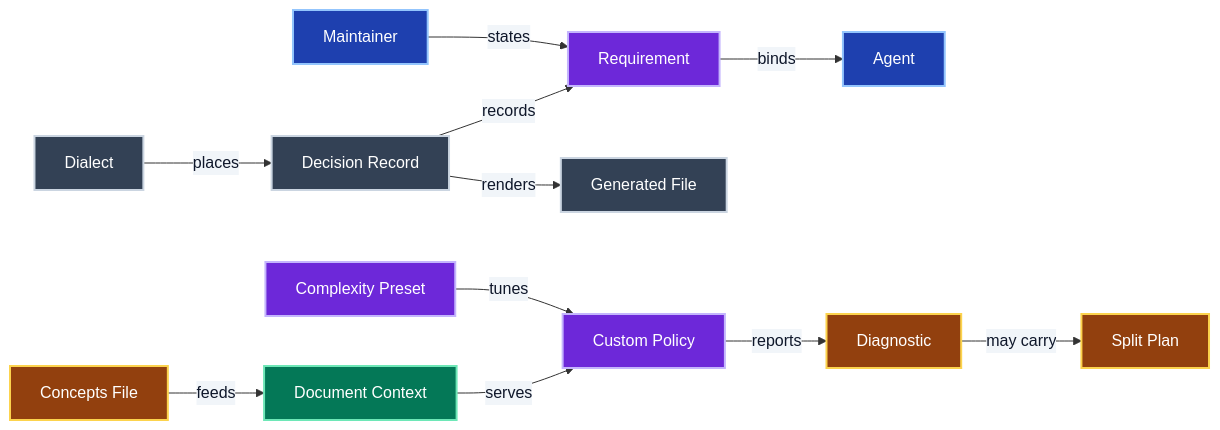
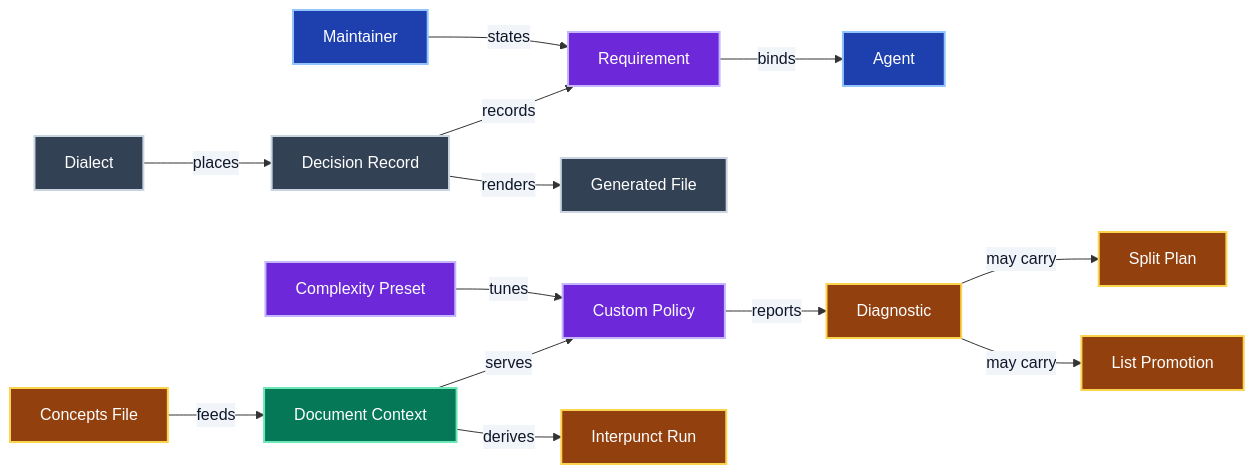
Before and after one commit to jpeakai/remark-lint-slopstopper: the diagram in GLOSSARY.md, drawn with Mermaid. The commit also changed other lines of this file and 140 other files, not shown here.

````diff
--- a/GLOSSARY.md
+++ b/GLOSSARY.md
@@ -8,40 +8,44 @@
 ```mermaid
 ---
 config:
   themeVariables:
     edgeLabelBackground: '#f1f5f9'
 ---
 flowchart LR
     MNT["Maintainer"]:::people
     AGT["Agent"]:::people
     REQ["Requirement"]:::rule
     DRC["Decision Record"]:::record
     GEN["Generated File"]:::record
     DIA["Dialect"]:::record
     POL["Custom Policy"]:::rule
     PRE["Complexity Preset"]:::rule
     DOC["Document Context"]:::pipeline
     CON["Concepts File"]:::info
     DIG["Diagnostic"]:::info
     SPL["Split Plan"]:::info
+    IPR["Interpunct Run"]:::info
+    LPR["List Promotion"]:::info
 
     MNT -- states --> REQ
     REQ -- binds --> AGT
     DRC -- records --> REQ
     DRC -- renders --> GEN
     DIA -- places --> DRC
     PRE -- tunes --> POL
     CON -- feeds --> DOC
     DOC -- serves --> POL
     POL -- reports --> DIG
     DIG -- may carry --> SPL
+    DOC -- derives --> IPR
+    DIG -- may carry --> LPR
 
     linkStyle default color:#0f172a
 
     classDef people    fill:#1e40af,stroke:#93c5fd,color:#fff,stroke-width:2px
     classDef info      fill:#92400e,stroke:#fcd34d,color:#fff,stroke-width:2px
     classDef rule      fill:#6d28d9,stroke:#c4b5fd,color:#fff,stroke-width:2px
     classDef forbidden fill:#b91c1c,stroke:#fca5a5,color:#fff,stroke-width:2px
     classDef pipeline  fill:#047857,stroke:#6ee7b7,color:#fff,stroke-width:2px
     classDef record    fill:#334155,stroke:#cbd5e1,color:#fff,stroke-width:2px
 ```
````
